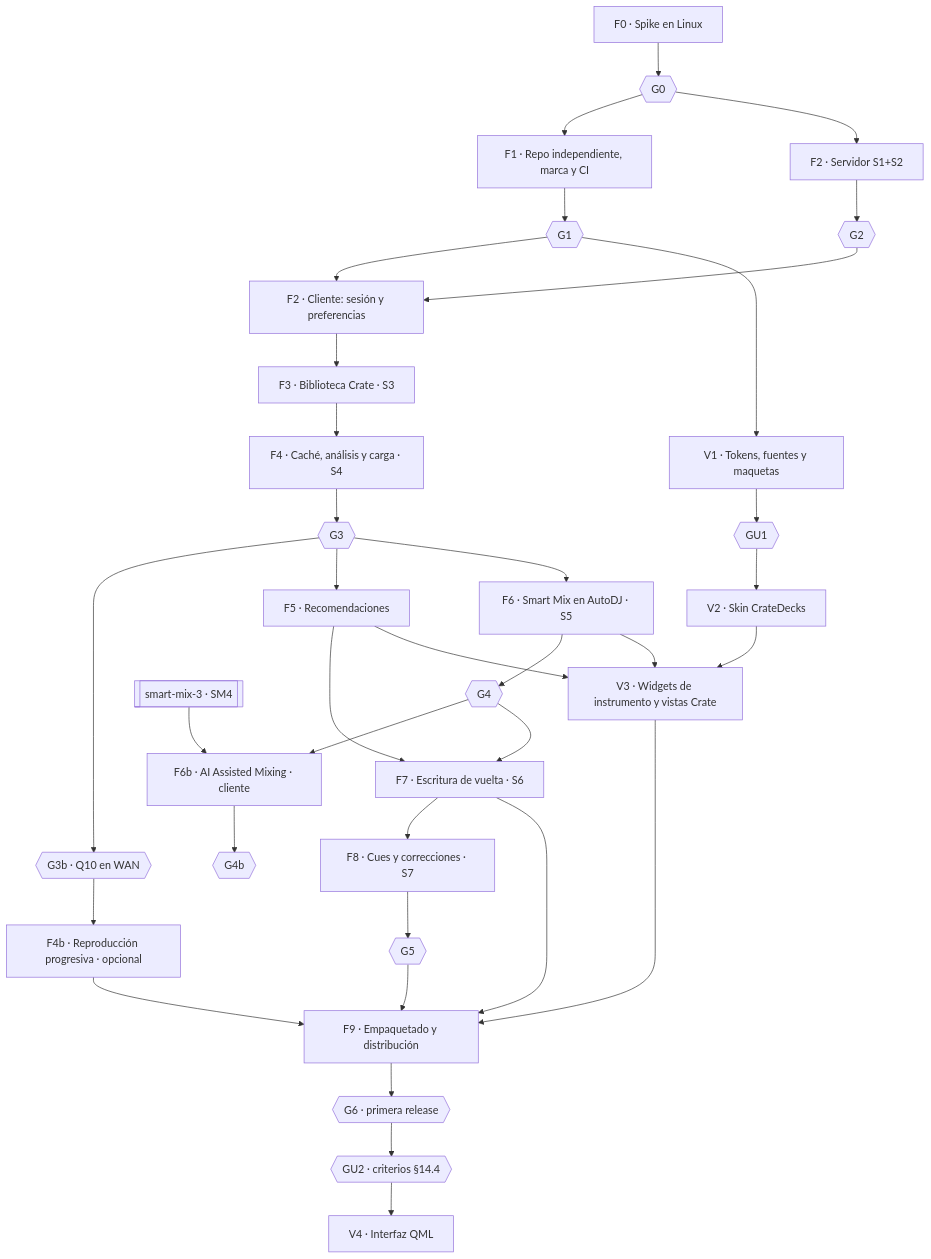
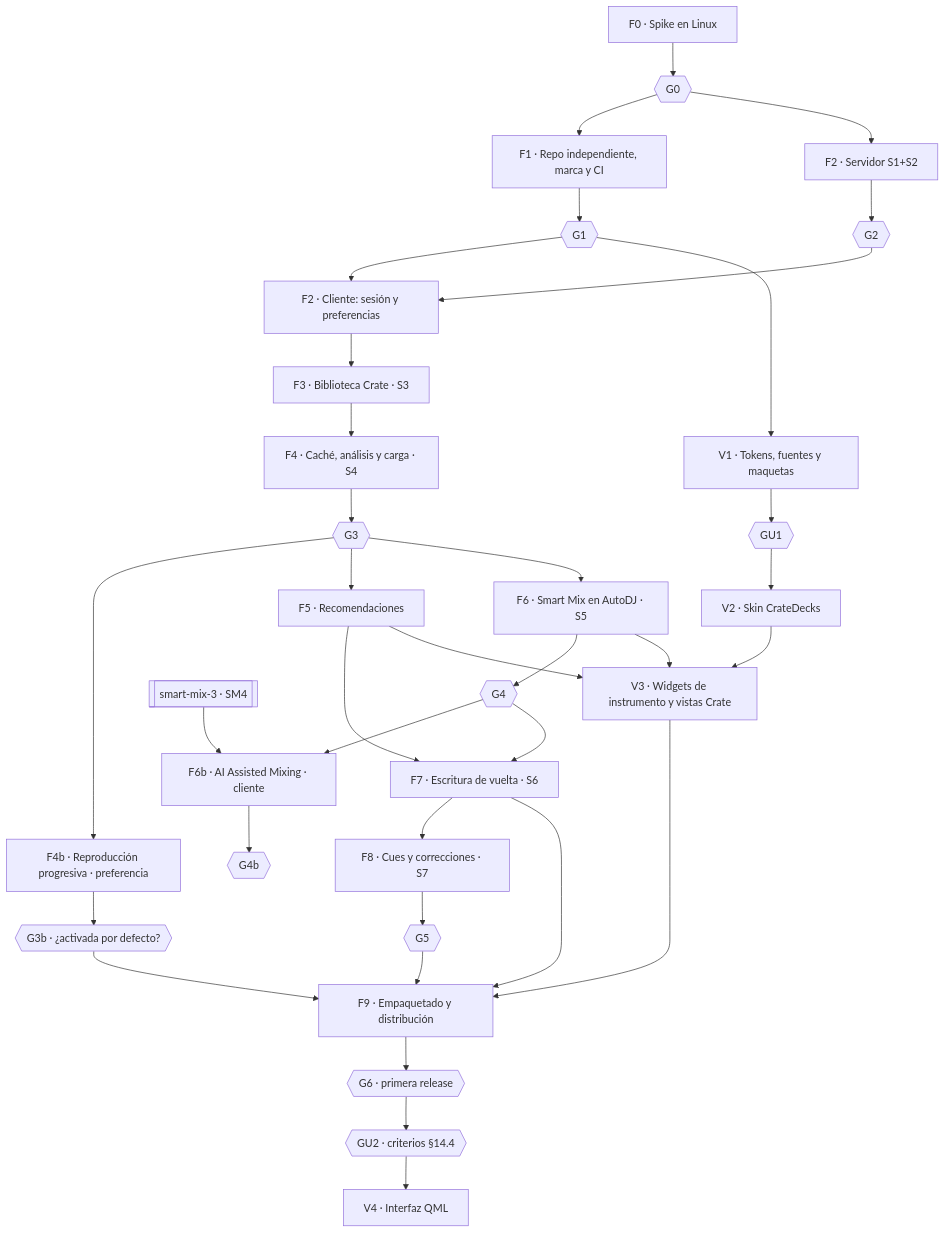
One commit to thecrateapp/crate-decks changed the diagram in docs/plans/2026-11-02-crate-decks-implementation-plan.md. Above: the diagram before and after it, drawn with Mermaid. The commit also changed other lines of this file and 2 other files, not shown here.

````diff
--- a/docs/plans/2026-11-02-crate-decks-implementation-plan.md
+++ b/docs/plans/2026-11-02-crate-decks-implementation-plan.md
@@ -83,38 +83,38 @@
 ```mermaid
 flowchart TD
   F0[F0 · Spike en Linux] --> G0{{G0}}
   G0 --> F1[F1 · Repo independiente, marca y CI]
   F1 --> G1{{G1}}
   G0 --> F2S[F2 · Servidor S1+S2]
   G1 --> F2C[F2 · Cliente: sesión y preferencias]
   F2S --> G2{{G2}}
   G2 --> F2C
   F2C --> F3[F3 · Biblioteca Crate · S3]
   F3 --> F4[F4 · Caché, análisis y carga · S4]
   F4 --> G3{{G3}}
-  G3 --> G3b{{G3b · Q10 en WAN}}
-  G3b --> F4b[F4b · Reproducción progresiva · opcional]
-  F4b --> F9
+  G3 --> F4b[F4b · Reproducción progresiva · preferencia]
+  F4b --> G3b{{G3b · ¿activada por defecto?}}
+  G3b --> F9
   G3 --> F5[F5 · Recomendaciones]
   G3 --> F6[F6 · Smart Mix en AutoDJ · S5]
   F6 --> G4{{G4}}
   SM4[[smart-mix-3 · SM4]] --> F6b[F6b · AI Assisted Mixing · cliente]
   G4 --> F6b
   F6b --> G4b{{G4b}}
   F5 --> F7[F7 · Escritura de vuelta · S6]
   G4 --> F7
   F7 --> F8[F8 · Cues y correcciones · S7]
   F8 --> G5{{G5}}
   G5 --> F9[F9 · Empaquetado y distribución]
   F7 --> F9
   F9 --> G6{{G6 · primera release}}
   G1 --> V1[V1 · Tokens, fuentes y maquetas]
   V1 --> GU1{{GU1}}
   GU1 --> V2[V2 · Skin CrateDecks]
   V2 --> V3[V3 · Widgets de instrumento y vistas Crate]
   F5 --> V3
   F6 --> V3
   V3 --> F9
   G6 --> GU2{{GU2 · criterios §14.4}}
   GU2 --> V4[V4 · Interfaz QML]
 ```
````
